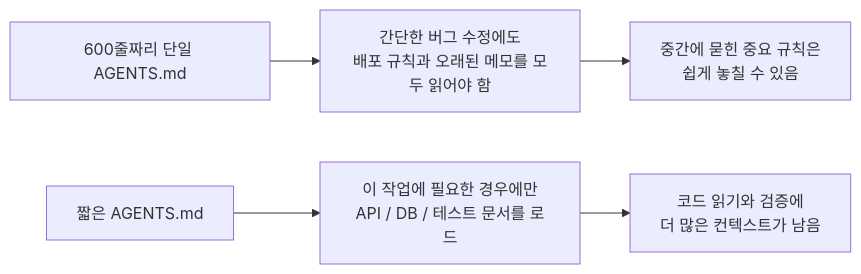
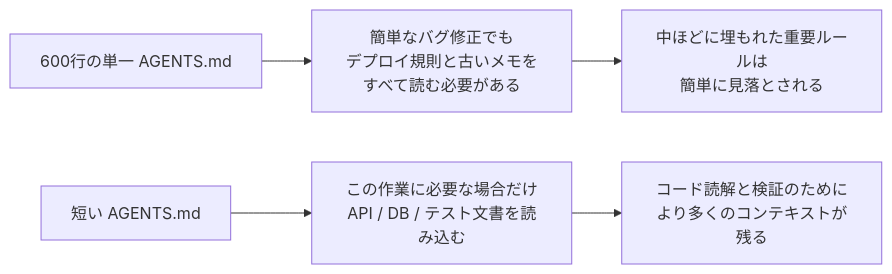
The first of 2 diagrams in docs/ko/lectures/lecture-04-why-one-giant-instruction-file-fails/index.md (mkusaka/learn-harness-engineering), drawn with Mermaid before and after one commit. The commit also changed other lines of this file and 571 other files, not shown here.

````diff
--- a/docs/ko/lectures/lecture-04-why-one-giant-instruction-file-fails/index.md
+++ b/docs/ko/lectures/lecture-04-why-one-giant-instruction-file-fails/index.md
@@ -39,8 +39,8 @@
 ```mermaid
 flowchart LR
-    Mono["600줄짜리 단일 AGENTS.md"] --> MonoLoad["간단한 버그 수정에도<br/>배포 규칙과 오래된 메모를 모두 읽어야 함"]
-    MonoLoad --> MonoRisk["중간에 묻힌 중요 규칙은<br/>쉽게 놓칠 수 있음"]
+    Mono["600行の単一 AGENTS.md"] --> MonoLoad["簡単なバグ修正でも<br/>デプロイ規則と古いメモをすべて読む必要がある"]
+    MonoLoad --> MonoRisk["中ほどに埋もれた重要ルールは<br/>簡単に見落とされる"]
 
-    Router["짧은 AGENTS.md"] --> Topics["이 작업에 필요한 경우에만<br/>API / DB / 테스트 문서를 로드"]
-    Topics --> RoutedResult["코드 읽기와 검증에<br/>더 많은 컨텍스트가 남음"]
+    Router["短い AGENTS.md"] --> Topics["この作業に必要な場合だけ<br/>API / DB / テスト文書を読み込む"]
+    Topics --> RoutedResult["コード読解と検証のために<br/>より多くのコンテキストが残る"]
 ```
````
